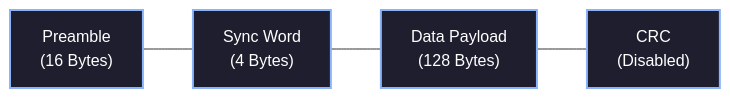
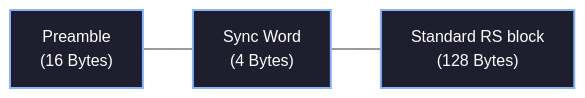
One commit to qshosfw/hermes changed the diagram in src/docs/content/docs/rfc/03-physical-layer.mdx. Above: the diagram before and after it, drawn with Mermaid. The commit also changed other lines of this file and 6 other files, not shown here.

````diff
--- a/src/docs/content/docs/rfc/03-physical-layer.mdx
+++ b/src/docs/content/docs/rfc/03-physical-layer.mdx
@@ -54,6 +53,5 @@
 ```mermaid
 graph LR
-    A["Preamble<br>(16 Bytes)"] --- B["Sync Word<br>(4 Bytes)"] --- C["Data Payload<br>(128 Bytes)"] --- D["CRC<br>(Disabled)"]
+    A["Preamble<br>(16 Bytes)"] --- B["Sync Word<br>(4 Bytes)"] --- C["Standard RS block<br>(128 Bytes)"]
     classDef default fill:#1e1e2e,stroke:#89b4fa,stroke-width:2px,color:white;
-    class D fill:#451a03,stroke:#ef4444,stroke-width:2px,color:white;
 ```
````
